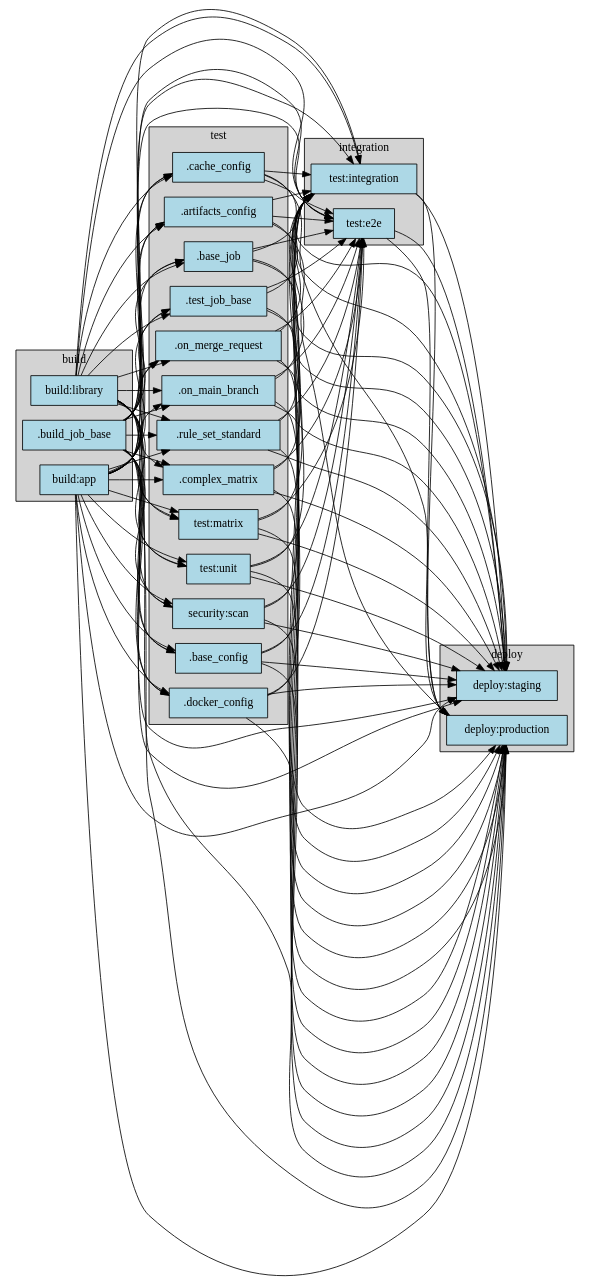
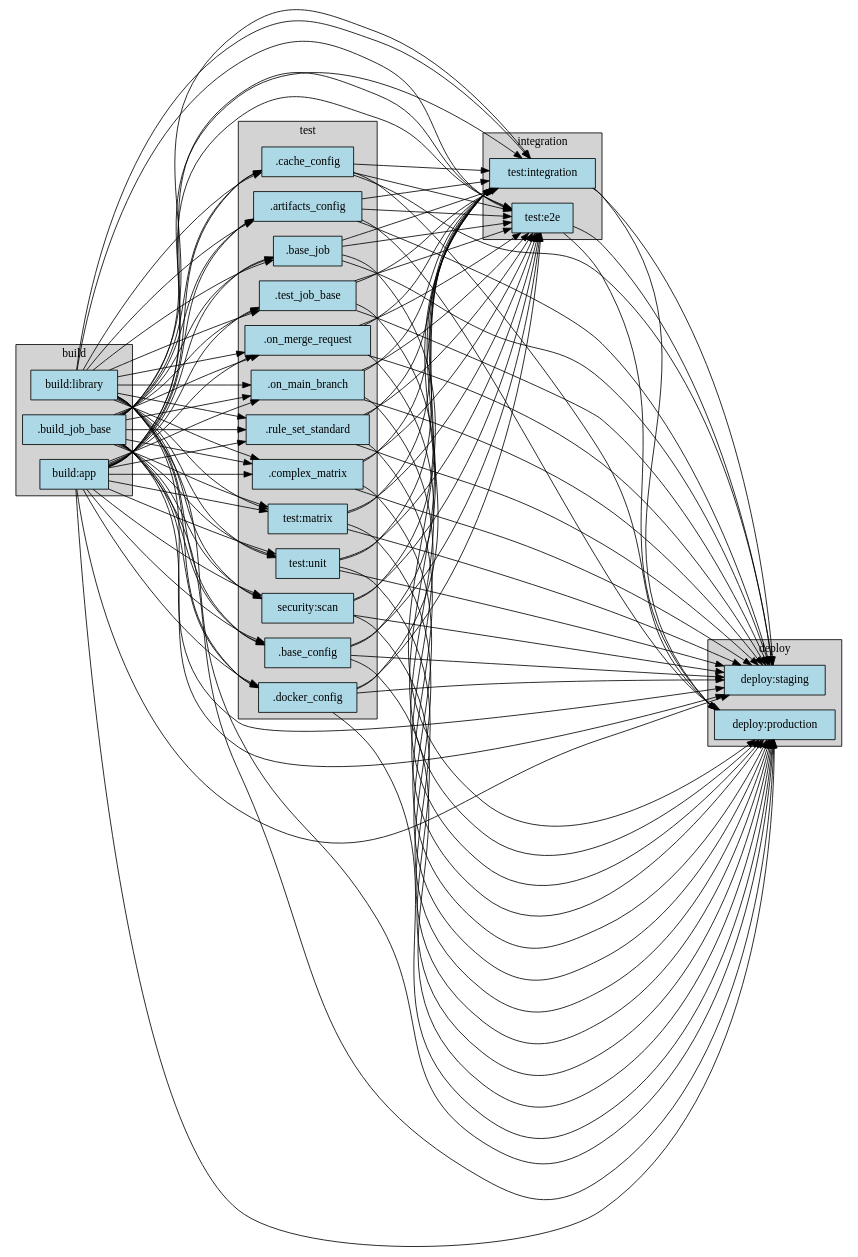
Before and after one commit to eisbaw/gitlab_local_ci: the diagram in test_ci_projects/proj12.output_reference/dag.dot, drawn with Graphviz. The commit also changed 58 other files, not shown here.

```diff
--- a/test_ci_projects/proj12.output_reference/dag.dot
+++ b/test_ci_projects/proj12.output_reference/dag.dot
@@ -1,160 +1,161 @@
 digraph pipeline {
   rankdir="LR";
+  ranksep=2;
   node [shape=box, style=filled, fillcolor=lightblue];
 
   subgraph cluster_build {
     label="build";
     style=filled;
     fillcolor=lightgrey;
 
-    _build_job_base [label=".build_job_base"];
-    build_app [label="build:app"];
-    build_library [label="build:library"];
+    _build_job_base [label=".build_job_base", tooltip="---\nretry: 2\ntimeout: 30m\ninterruptible: true\nimage: alpine:latest\ntags:\n- docker\nbefore_script:\n- - apk add --no-cache git curl bash\n  - echo \"Dependencies installed\"\n- - export PATH=\"$PATH:/usr/local/bin\"\n  - echo \"Environment configured\"\nartifacts:\n  expire_in: 1 week\n  paths:\n  - build/\n  - dist/\nstage: build\nvariables:\n  BUILD_ENV: 'true'\n"];
+    build_app [label="build:app", tooltip="---\nretry: 2\ntimeout: 30m\ninterruptible: true\nimage: alpine:latest\ntags:\n- docker\nbefore_script:\n- - apk add --no-cache git curl bash\n  - echo \"Dependencies installed\"\n- - export PATH=\"$PATH:/usr/local/bin\"\n  - echo \"Environment configured\"\nartifacts:\n  expire_in: 1 week\n  paths:\n  - build/\n  - dist/\nstage: build\nvariables:\n  BUILD_ENV: 'true'\nscript:\n- echo \"Building application...\"\n- mkdir -p build\n- echo \"app build\" > build/app.txt\nrules:\n- if: $CI_PIPELINE_SOURCE == \"merge_request_event\"\n- if: $CI_COMMIT_BRANCH == \"main\" || $CI_COMMIT_BRANCH == \"master\"\n- if: \"$CI_COMMIT_TAG\"\n"];
+    build_library [label="build:library", tooltip="---\nretry: 2\ntimeout: 30m\ninterruptible: true\nimage: alpine:latest\ntags:\n- docker\nbefore_script:\n- - apk add --no-cache git curl bash\n  - echo \"Dependencies installed\"\n- - export PATH=\"$PATH:/usr/local/bin\"\n  - echo \"Environment configured\"\nartifacts:\n  expire_in: 1 week\n  paths:\n  - build/\n  - dist/\nstage: build\nvariables:\n  BUILD_TYPE: library\nscript:\n- echo \"Building library...\"\n- mkdir -p build\n- echo \"lib build\" > build/lib.txt\nrules:\n- if: $CI_PIPELINE_SOURCE == \"merge_request_event\"\n- if: $CI_COMMIT_BRANCH == \"main\" || $CI_COMMIT_BRANCH == \"master\"\n- if: \"$CI_COMMIT_TAG\"\n"];
   }
 
   subgraph cluster_test {
     label="test";
     style=filled;
     fillcolor=lightgrey;
 
-    _base_config [label=".base_config"];
-    _docker_config [label=".docker_config"];
-    _cache_config [label=".cache_config"];
-    _artifacts_config [label=".artifacts_config"];
-    _base_job [label=".base_job"];
-    _test_job_base [label=".test_job_base"];
-    _on_merge_request [label=".on_merge_request"];
-    _on_main_branch [label=".on_main_branch"];
-    _rule_set_standard [label=".rule_set_standard"];
-    test_unit [label="test:unit"];
-    security_scan [label="security:scan"];
-    _complex_matrix [label=".complex_matrix"];
-    test_matrix [label="test:matrix"];
+    _base_config [label=".base_config", tooltip="---\nretry: 2\ntimeout: 30m\ninterruptible: true\n"];
+    _docker_config [label=".docker_config", tooltip="---\nimage: alpine:latest\ntags:\n- docker\n"];
+    _cache_config [label=".cache_config", tooltip="---\ncache:\n  key: \"${CI_COMMIT_REF_SLUG}\"\n  paths:\n  - \".cache/\"\n  - vendor/\n"];
+    _artifacts_config [label=".artifacts_config", tooltip="---\nartifacts:\n  expire_in: 1 week\n  paths:\n  - build/\n  - dist/\n"];
+    _base_job [label=".base_job", tooltip="---\nretry: 2\ntimeout: 30m\ninterruptible: true\nimage: alpine:latest\ntags:\n- docker\nbefore_script:\n- - apk add --no-cache git curl bash\n  - echo \"Dependencies installed\"\n- - export PATH=\"$PATH:/usr/local/bin\"\n  - echo \"Environment configured\"\n"];
+    _test_job_base [label=".test_job_base", tooltip="---\nretry: 2\ntimeout: 30m\ninterruptible: true\nimage: alpine:latest\ntags:\n- docker\nbefore_script:\n- - apk add --no-cache git curl bash\n  - echo \"Dependencies installed\"\n- - export PATH=\"$PATH:/usr/local/bin\"\n  - echo \"Environment configured\"\ncache:\n  key: \"${CI_COMMIT_REF_SLUG}\"\n  paths:\n  - \".cache/\"\n  - vendor/\nstage: test\nvariables:\n  TEST_ENV: 'true'\n"];
+    _on_merge_request [label=".on_merge_request", tooltip="---\nif: $CI_PIPELINE_SOURCE == \"merge_request_event\"\n"];
+    _on_main_branch [label=".on_main_branch", tooltip="---\nif: $CI_COMMIT_BRANCH == \"main\" || $CI_COMMIT_BRANCH == \"master\"\n"];
+    _rule_set_standard [label=".rule_set_standard", tooltip="---\nrules:\n- if: $CI_PIPELINE_SOURCE == \"merge_request_event\"\n- if: $CI_COMMIT_BRANCH == \"main\" || $CI_COMMIT_BRANCH == \"master\"\n- if: \"$CI_COMMIT_TAG\"\n"];
+    test_unit [label="test:unit", tooltip="---\nretry: 2\ntimeout: 30m\ninterruptible: true\nimage: alpine:latest\ntags:\n- docker\nbefore_script:\n- - apk add --no-cache git curl bash\n  - echo \"Dependencies installed\"\n- - export PATH=\"$PATH:/usr/local/bin\"\n  - echo \"Environment configured\"\ncache:\n  key: \"${CI_COMMIT_REF_SLUG}\"\n  paths:\n  - \".cache/\"\n  - vendor/\nstage: test\nvariables:\n  TEST_ENV: 'true'\nscript:\n- echo \"Running unit tests...\"\n- echo \"All unit tests passed\"\ncoverage: \"/Coverage: \\\\d+\\\\.\\\\d+%/\"\n"];
+    security_scan [label="security:scan", tooltip="---\nretry: 2\ntimeout: 30m\ninterruptible: true\nimage: aquasec/trivy:latest\nstage: test\nscript:\n- echo \"Running security scan...\"\n- echo \"Security scan completed\"\nallow_failure: true\n"];
+    _complex_matrix [label=".complex_matrix", tooltip="---\nparallel:\n  matrix:\n  - PLATFORM:\n    - linux\n    - macos\n    - windows\n    VERSION:\n    - '3.9'\n    - '3.10'\n    - '3.11'\n"];
+    test_matrix [label="test:matrix", tooltip="---\nretry: 2\ntimeout: 30m\ninterruptible: true\nimage: alpine:latest\ntags:\n- docker\nbefore_script:\n- - apk add --no-cache git curl bash\n  - echo \"Dependencies installed\"\n- - export PATH=\"$PATH:/usr/local/bin\"\n  - echo \"Environment configured\"\ncache:\n  key: \"${CI_COMMIT_REF_SLUG}\"\n  paths:\n  - \".cache/\"\n  - vendor/\nstage: test\nvariables:\n  TEST_ENV: 'true'\nparallel:\n  matrix:\n  - PLATFORM:\n    - linux\n    - macos\n    - windows\n    VERSION:\n    - '3.9'\n    - '3.10'\n    - '3.11'\nscript:\n- echo \"Testing on ${PLATFORM} with version ${VERSION}\"\n- echo \"Matrix test completed\"\n"];
   }
 
   subgraph cluster_integration {
     label="integration";
     style=filled;
     fillcolor=lightgrey;
 
-    test_integration [label="test:integration"];
-    test_e2e [label="test:e2e"];
+    test_integration [label="test:integration", tooltip="---\nretry: 2\ntimeout: 30m\ninterruptible: true\nimage: alpine:latest\ntags:\n- docker\nbefore_script:\n- - apk add --no-cache git curl bash\n  - echo \"Dependencies installed\"\n- - export PATH=\"$PATH:/usr/local/bin\"\n  - echo \"Environment configured\"\ncache:\n  key: \"${CI_COMMIT_REF_SLUG}\"\n  paths:\n  - \".cache/\"\n  - vendor/\nstage: integration\nvariables:\n  TEST_ENV: 'true'\nscript:\n- echo \"Running integration tests...\"\n- echo \"Integration tests completed\"\ndependencies:\n- build:app\n"];
+    test_e2e [label="test:e2e", tooltip="---\nretry: 3\ntimeout: 30m\ninterruptible: true\nimage: cypress/base:latest\ntags:\n- docker\nbefore_script:\n- - apk add --no-cache git curl bash\n  - echo \"Dependencies installed\"\n- - export PATH=\"$PATH:/usr/local/bin\"\n  - echo \"Environment configured\"\ncache:\n  key: \"${CI_COMMIT_REF_SLUG}\"\n  paths:\n  - \".cache/\"\n  - vendor/\nstage: integration\nvariables:\n  TEST_ENV: 'true'\nscript:\n- echo \"Running E2E tests...\"\n- echo \"E2E tests completed\"\ndependencies:\n- build:app\n- build:library\n"];
   }
 
   subgraph cluster_deploy {
     label="deploy";
     style=filled;
     fillcolor=lightgrey;
 
-    deploy_staging [label="deploy:staging"];
-    deploy_production [label="deploy:production"];
+    deploy_staging [label="deploy:staging", tooltip="---\nretry: 2\ntimeout: 30m\ninterruptible: true\nimage: alpine:latest\ntags:\n- docker\nbefore_script:\n- - apk add --no-cache git curl bash\n  - echo \"Dependencies installed\"\n- - export PATH=\"$PATH:/usr/local/bin\"\n  - echo \"Environment configured\"\nstage: deploy\nscript:\n- echo \"Deploying to staging...\"\n- echo \"Staging deployment complete\"\nenvironment:\n  name: staging\n  url: https://staging.example.com\nonly:\n- main\ndependencies:\n- build:app\n"];
+    deploy_production [label="deploy:production", tooltip="---\nretry: 2\ntimeout: 30m\ninterruptible: true\nimage: alpine:latest\ntags:\n- docker\nbefore_script:\n- - apk add --no-cache git curl bash\n  - echo \"Dependencies installed\"\n- - export PATH=\"$PATH:/usr/local/bin\"\n  - echo \"Environment configured\"\nstage: deploy\nscript:\n- echo \"Deploying to production...\"\n- echo \"Production deployment complete\"\nenvironment:\n  name: production\n  url: https://production.example.com\nwhen: manual\nonly:\n- tags\ndependencies:\n- build:app\n- build:library\n"];
   }
 
   _build_job_base -> _base_config;
   build_app -> _base_config;
   build_library -> _base_config;
   _build_job_base -> _docker_config;
   build_app -> _docker_config;
   build_library -> _docker_config;
   _build_job_base -> _cache_config;
   build_app -> _cache_config;
   build_library -> _cache_config;
   _build_job_base -> _artifacts_config;
   build_app -> _artifacts_config;
   build_library -> _artifacts_config;
   _build_job_base -> _base_job;
   build_app -> _base_job;
   build_library -> _base_job;
   _build_job_base -> _test_job_base;
   build_app -> _test_job_base;
   build_library -> _test_job_base;
   _build_job_base -> _on_merge_request;
   build_app -> _on_merge_request;
   build_library -> _on_merge_request;
   _build_job_base -> _on_main_branch;
   build_app -> _on_main_branch;
   build_library -> _on_main_branch;
   _build_job_base -> _rule_set_standard;
   build_app -> _rule_set_standard;
   build_library -> _rule_set_standard;
   _build_job_base -> test_unit;
   build_app -> test_unit;
   build_library -> test_unit;
   _base_config -> test_integration;
   _docker_config -> test_integration;
   _cache_config -> test_integration;
   _artifacts_config -> test_integration;
   _base_job -> test_integration;
   _test_job_base -> test_integration;
   _build_job_base -> test_integration;
   _on_merge_request -> test_integration;
   _on_main_branch -> test_integration;
   _rule_set_standard -> test_integration;
   build_app -> test_integration;
   build_library -> test_integration;
   test_unit -> test_integration;
   security_scan -> test_integration;
   _complex_matrix -> test_integration;
   test_matrix -> test_integration;
   _base_config -> test_e2e;
   _docker_config -> test_e2e;
   _cache_config -> test_e2e;
   _artifacts_config -> test_e2e;
   _base_job -> test_e2e;
   _test_job_base -> test_e2e;
   _build_job_base -> test_e2e;
   _on_merge_request -> test_e2e;
   _on_main_branch -> test_e2e;
   _rule_set_standard -> test_e2e;
   build_app -> test_e2e;
   build_library -> test_e2e;
   test_unit -> test_e2e;
   security_scan -> test_e2e;
   _complex_matrix -> test_e2e;
   test_matrix -> test_e2e;
   _base_config -> deploy_staging;
   _docker_config -> deploy_staging;
   _cache_config -> deploy_staging;
   _artifacts_config -> deploy_staging;
   _base_job -> deploy_staging;
   _test_job_base -> deploy_staging;
   _build_job_base -> deploy_staging;
   _on_merge_request -> deploy_staging;
   _on_main_branch -> deploy_staging;
   _rule_set_standard -> deploy_staging;
   build_app -> deploy_staging;
   build_library -> deploy_staging;
   test_unit -> deploy_staging;
   test_integration -> deploy_staging;
   test_e2e -> deploy_staging;
   security_scan -> deploy_staging;
   _complex_matrix -> deploy_staging;
   test_matrix -> deploy_staging;
   _base_config -> deploy_production;
   _docker_config -> deploy_production;
   _cache_config -> deploy_production;
   _artifacts_config -> deploy_production;
   _base_job -> deploy_production;
   _test_job_base -> deploy_production;
   _build_job_base -> deploy_production;
   _on_merge_request -> deploy_production;
   _on_main_branch -> deploy_production;
   _rule_set_standard -> deploy_production;
   build_app -> deploy_production;
   build_library -> deploy_production;
   test_unit -> deploy_production;
   test_integration -> deploy_production;
   test_e2e -> deploy_production;
   security_scan -> deploy_production;
   _complex_matrix -> deploy_production;
   test_matrix -> deploy_production;
   _build_job_base -> security_scan;
   build_app -> security_scan;
   build_library -> security_scan;
   _build_job_base -> _complex_matrix;
   build_app -> _complex_matrix;
   build_library -> _complex_matrix;
   _build_job_base -> test_matrix;
   build_app -> test_matrix;
   build_library -> test_matrix;
 }
```
